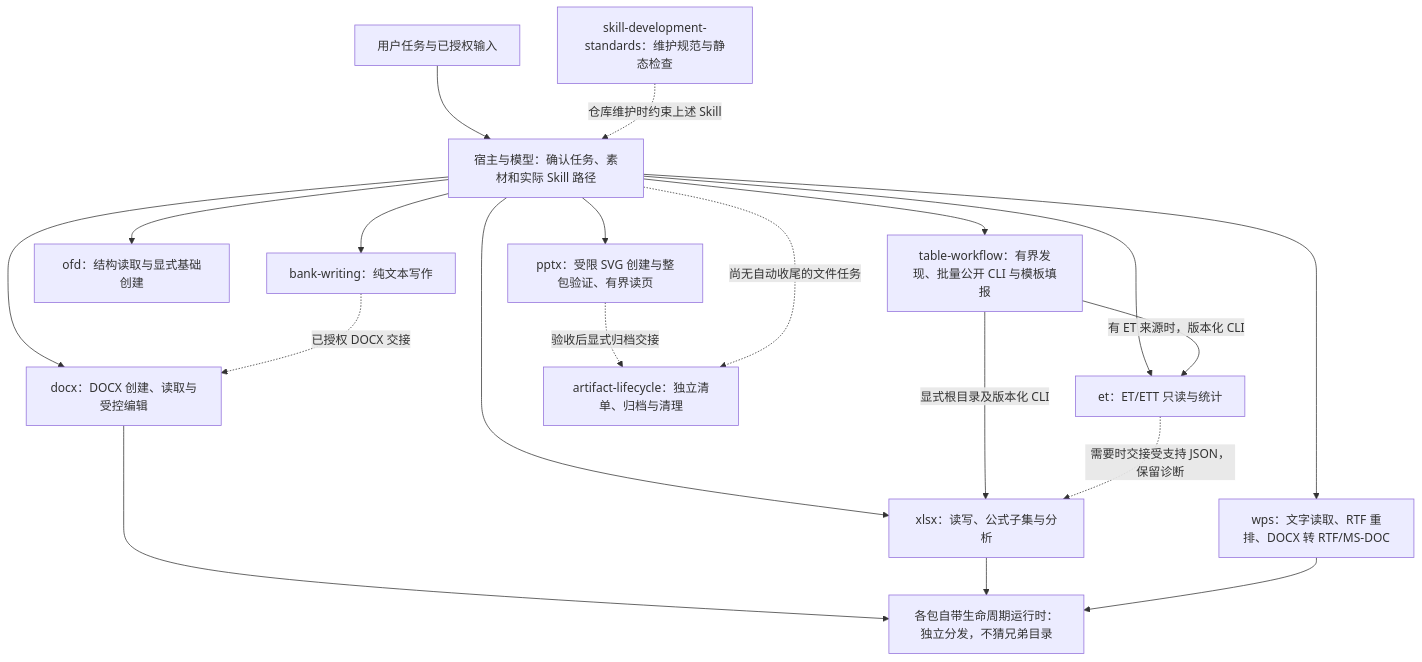
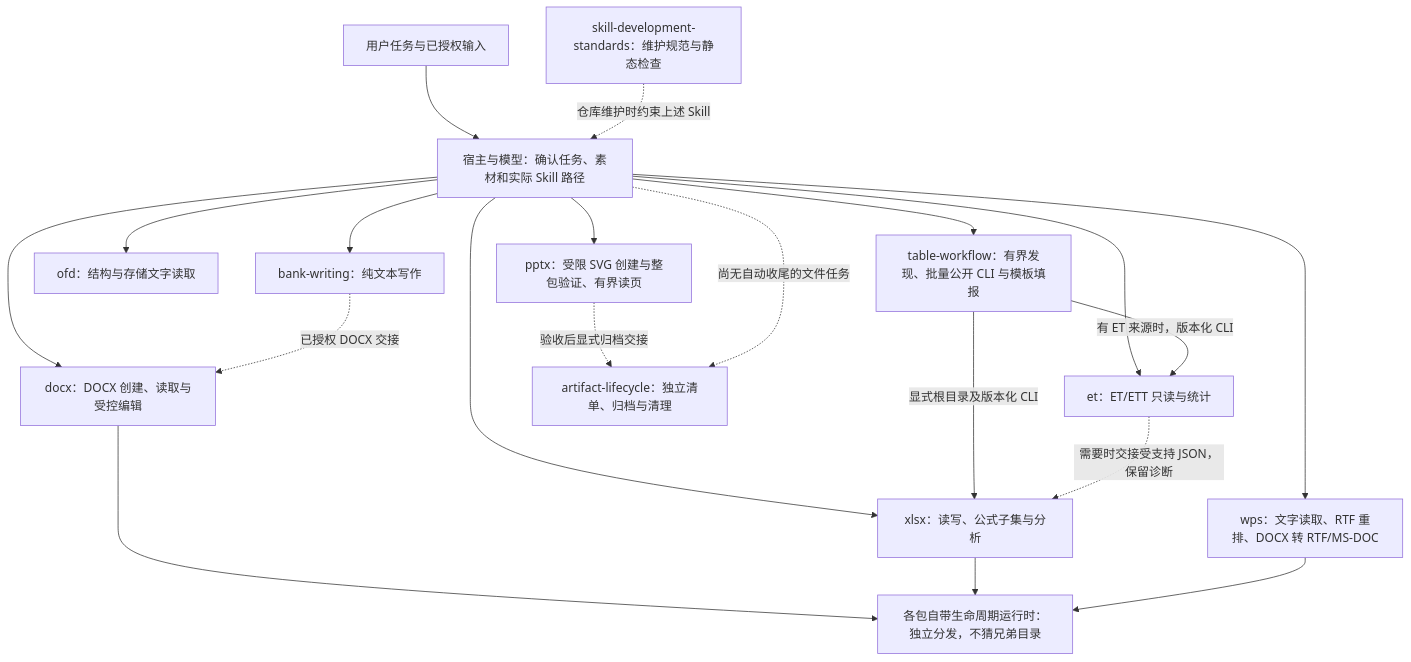
Before and after one commit to JohnParken/PSL-SKILLS: the first of 2 diagrams in docs/README.md, drawn with Mermaid. The commit also changed other lines of this file and 16 other files, not shown here.

````diff
--- a/docs/README.md
+++ b/docs/README.md
@@ -36,22 +36,22 @@
 ```mermaid
 flowchart TB
     U["用户任务与已授权输入"] --> H["宿主与模型：确认任务、素材和实际 Skill 路径"]
     H --> B["bank-writing：纯文本写作"]
     H --> D["docx：DOCX 创建、读取与受控编辑"]
     H --> W["wps：文字读取、RTF 重排、DOCX 转 RTF/MS-DOC"]
     H --> X["xlsx：读写、公式子集与分析"]
     H --> E["et：ET/ETT 只读与统计"]
-    H --> O["ofd：结构读取与显式基础创建"]
+    H --> O["ofd：结构与存储文字读取"]
     H --> P["pptx：受限 SVG 创建与整包验证、有界读页"]
     H --> T["table-workflow：有界发现、批量公开 CLI 与模板填报"]
     B -.->|"已授权 DOCX 交接"| D
     T -->|"显式根目录及版本化 CLI"| X
     T -->|"有 ET 来源时，版本化 CLI"| E
     E -.->|"需要时交接受支持 JSON，保留诊断"| X
     P -.->|"验收后显式归档交接"| L["artifact-lifecycle：独立清单、归档与清理"]
     H -.->|"尚无自动收尾的文件任务"| L
     D --> R["各包自带生命周期运行时：独立分发，不猜兄弟目录"]
     X --> R
     W --> R
     S["skill-development-standards：维护规范与静态检查"] -.->|"仓库维护时约束上述 Skill"| H
 ```
````
